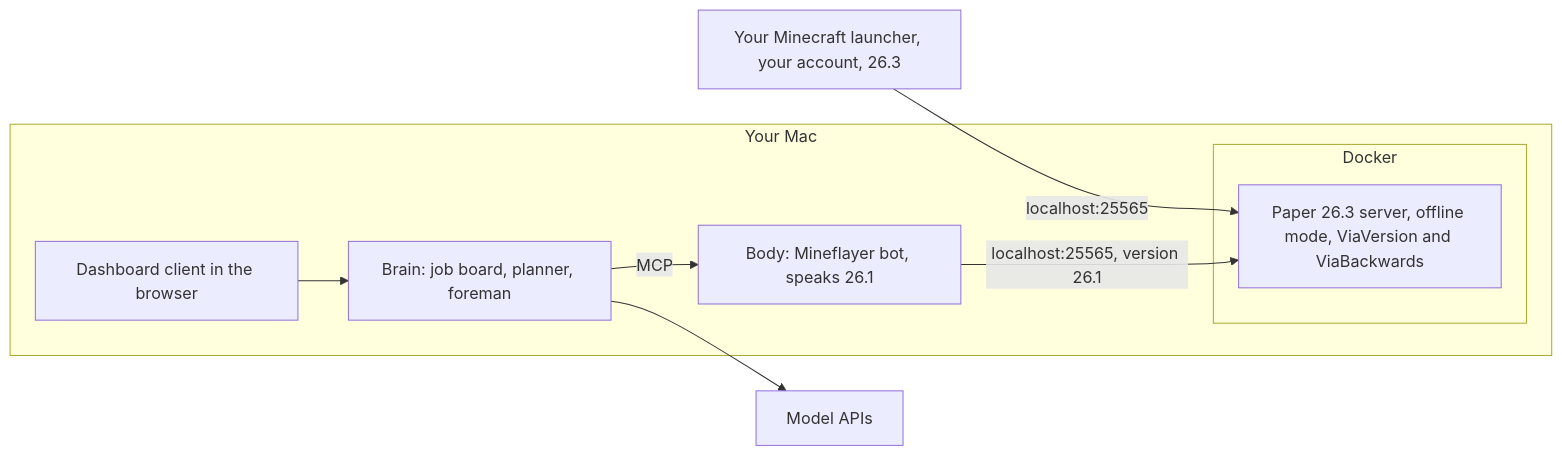
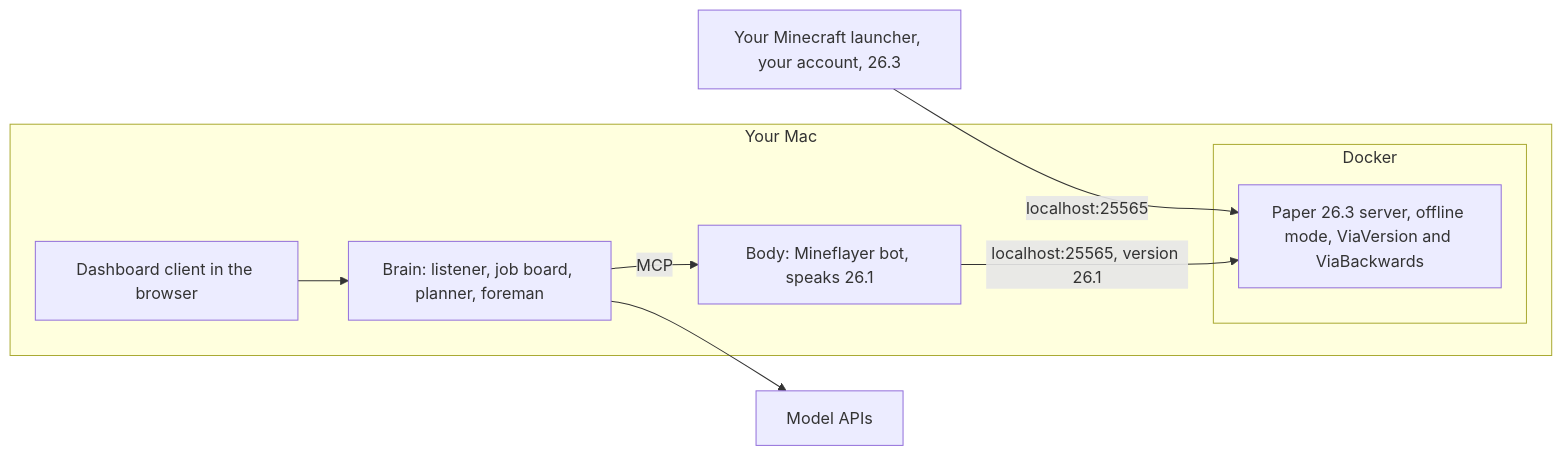
One commit to dk9966/Minegoon changed the diagram in docs/03-deployment-strategy.md. Above: the diagram before and after it, drawn with Mermaid. The commit also changed other lines of this file and 1 other file, not shown here.

First line of the commit message:
Route chat through a listener so you talk in sentences

````diff
--- a/docs/03-deployment-strategy.md
+++ b/docs/03-deployment-strategy.md
@@ -69,19 +69,19 @@
 ```mermaid
 flowchart LR
   you[Your Minecraft launcher, your account, 26.3]
   subgraph mac [Your Mac]
     subgraph docker [Docker]
       paper[Paper 26.3 server, offline mode, ViaVersion and ViaBackwards]
     end
     body[Body: Mineflayer bot, speaks 26.1]
-    brain[Brain: job board, planner, foreman]
+    brain[Brain: listener, job board, planner, foreman]
     dash[Dashboard client in the browser]
   end
   llm[Model APIs]
 
   you -->|localhost:25565| paper
   body -->|localhost:25565, version 26.1| paper
   brain -->|MCP| body
   brain --> llm
   dash --> brain
 ```
````
